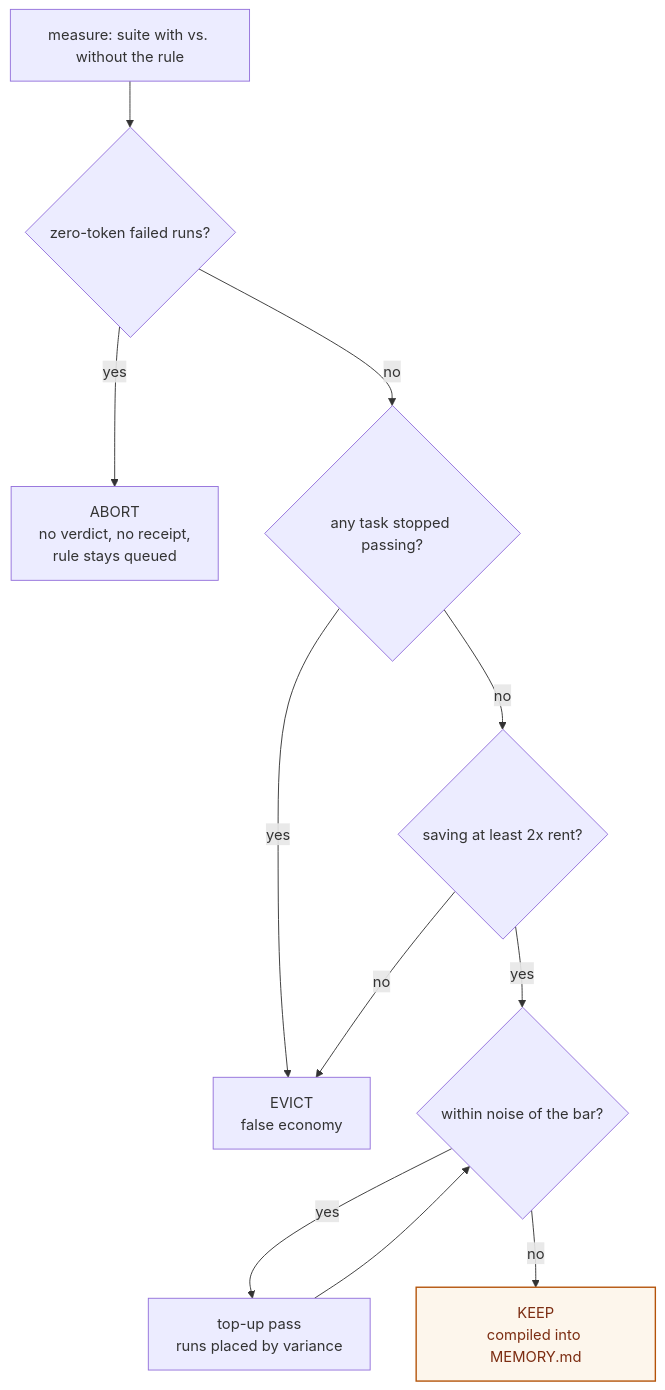
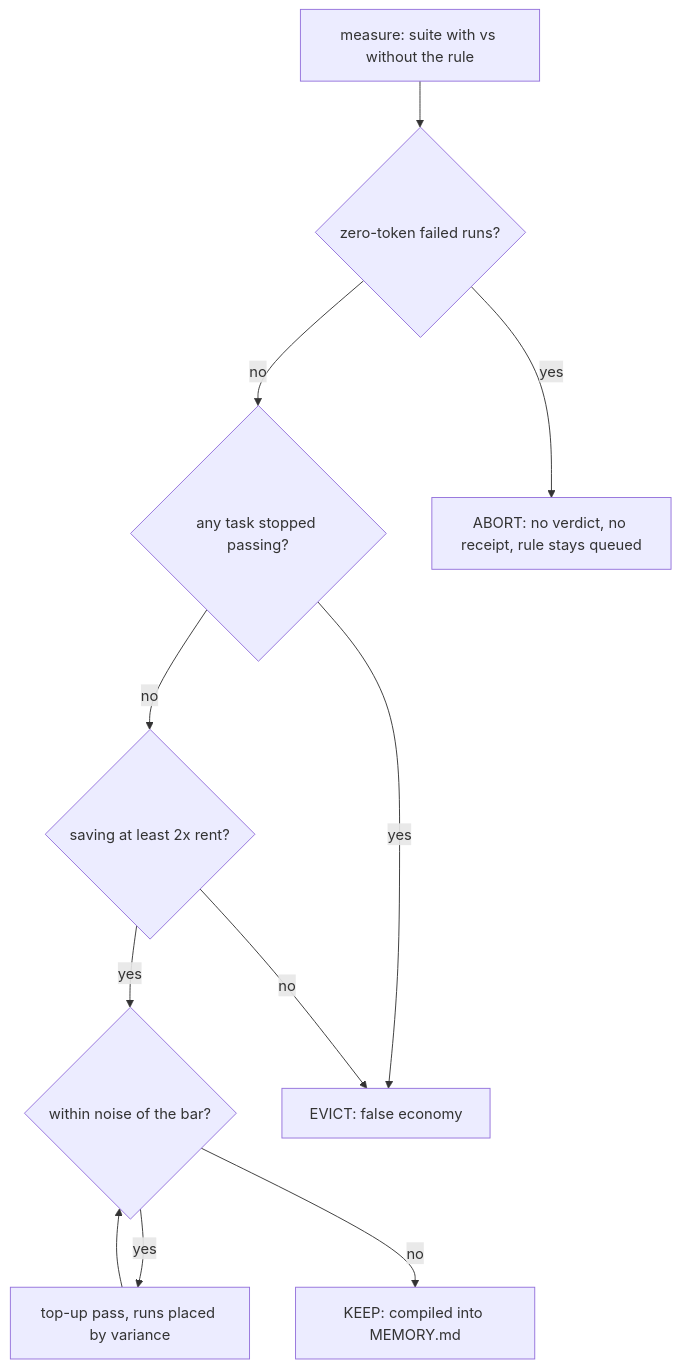
The diagram in README.md (vukkt/token-warden), drawn with Mermaid before and after one commit.

````diff
--- a/README.md
+++ b/README.md
@@ -38,15 +38,23 @@
 ```mermaid
 flowchart TD
-    M["measure: suite with vs. without the rule"] --> Q1{"zero-token failed runs?"}
-    Q1 -->|"yes"| AB["ABORT<br/>no verdict, no receipt,<br/>rule stays queued"]
-    Q1 -->|"no"| Q2{"any task stopped passing?"}
-    Q2 -->|"yes"| EV["EVICT<br/>false economy"]
-    Q2 -->|"no"| Q3{"saving at least 2x rent?"}
-    Q3 -->|"no"| EV
-    Q3 -->|"yes"| Q4{"within noise of the bar?"}
-    Q4 -->|"yes"| TU["top-up pass<br/>runs placed by variance"] --> Q4
-    Q4 -->|"no"| KP["KEEP<br/>compiled into MEMORY.md"]
+    M["measure: suite with vs without the rule"]
+    Q1{"zero-token failed runs?"}
+    Q2{"any task stopped passing?"}
+    Q3{"saving at least 2x rent?"}
+    Q4{"within noise of the bar?"}
+    AB["ABORT: no verdict, no receipt, rule stays queued"]
+    EV["EVICT: false economy"]
+    TU["top-up pass, runs placed by variance"]
+    KP["KEEP: compiled into MEMORY.md"]
 
-    classDef accent fill:#fdf6ec,stroke:#b45309,stroke-width:1.5px,color:#7c2d12;
-    class KP accent;
+    M --> Q1
+    Q1 -->|yes| AB
+    Q1 -->|no| Q2
+    Q2 -->|yes| EV
+    Q2 -->|no| Q3
+    Q3 -->|no| EV
+    Q3 -->|yes| Q4
+    Q4 -->|yes| TU
+    TU --> Q4
+    Q4 -->|no| KP
 ```
````
